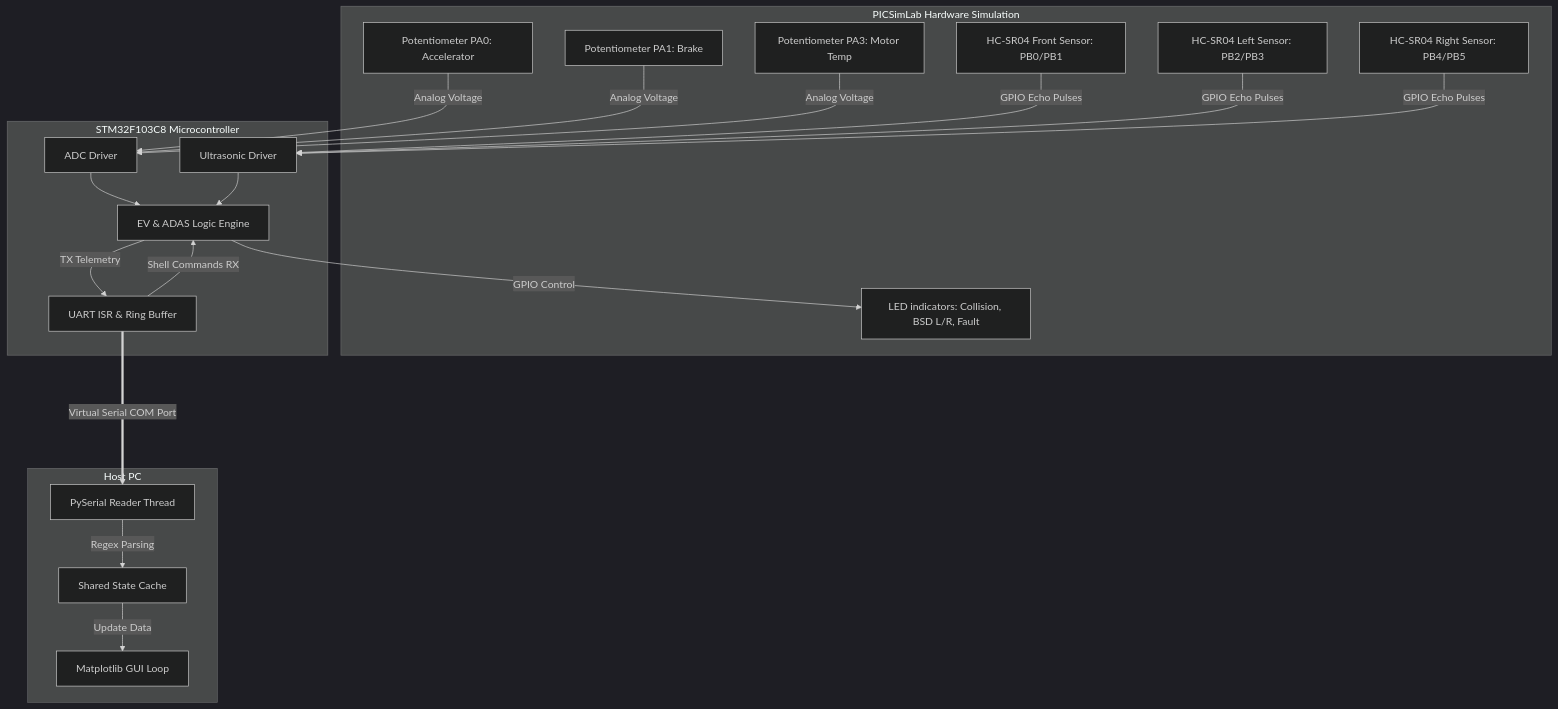
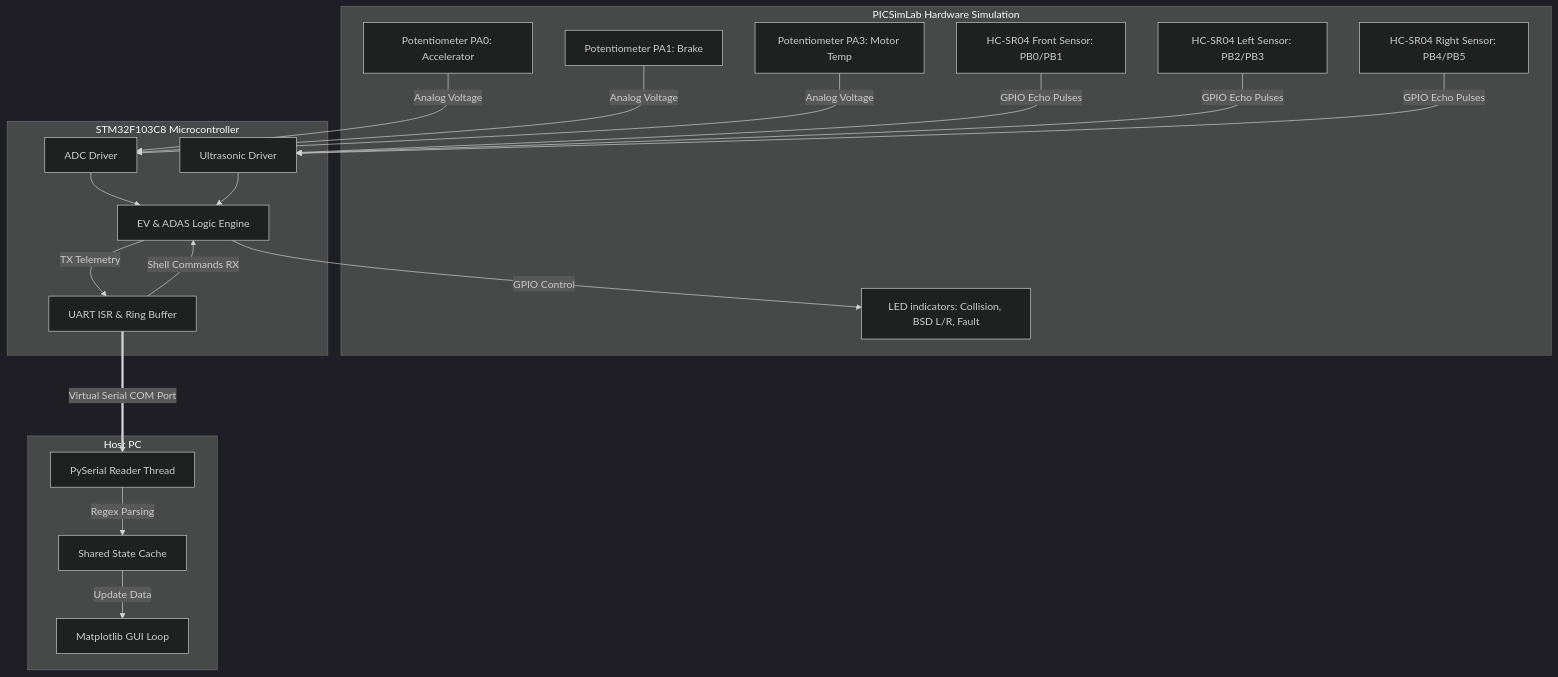
Before and after one commit to ahana4banerjee/ev_adas_dashboard: the first of 5 diagrams in README.md, drawn with Mermaid (dark theme). The commit also changed other lines of this file, not shown here.

Commit message:
docs: clean up README formatting, remove license badge, and standardize mermaid diagram syntax

````diff
--- a/README.md
+++ b/README.md
@@ -94,44 +93,44 @@
 ```mermaid
 graph TD
     subgraph PICSimLab [PICSimLab Hardware Simulation]
-        POT_ACC[Potentiometer PA0: Accelerator]
-        POT_BRK[Potentiometer PA1: Brake]
-        POT_TMP[Potentiometer PA3: Motor Temp]
-        US_FRONT[HC-SR04 Front Sensor: PB0/PB1]
-        US_LEFT[HC-SR04 Left Sensor: PB2/PB3]
-        US_RIGHT[HC-SR04 Right Sensor: PB4/PB5]
-        LEDS[LED indicators: Collision, BSD L/R, Fault]
+        POT_ACC["Potentiometer PA0: Accelerator"]
+        POT_BRK["Potentiometer PA1: Brake"]
+        POT_TMP["Potentiometer PA3: Motor Temp"]
+        US_FRONT["HC-SR04 Front Sensor: PB0/PB1"]
+        US_LEFT["HC-SR04 Left Sensor: PB2/PB3"]
+        US_RIGHT["HC-SR04 Right Sensor: PB4/PB5"]
+        LEDS["LED indicators: Collision, BSD L/R, Fault"]
     end
 
     subgraph STM32F103C8 [STM32F103C8 Microcontroller]
         FW_ADC[ADC Driver]
         FW_US[Ultrasonic Driver]
-        FW_CORE[EV & ADAS Logic Engine]
-        FW_UART[UART ISR & Ring Buffer]
+        FW_CORE["EV & ADAS Logic Engine"]
+        FW_UART["UART ISR & Ring Buffer"]
     end
 
     subgraph HostPC [Host PC]
         PY_READER[PySerial Reader Thread]
         PY_STATE[Shared State Cache]
         PY_GUI[Matplotlib GUI Loop]
     end
 
     %% Sensor Inputs
     POT_ACC -->|Analog Voltage| FW_ADC
     POT_BRK -->|Analog Voltage| FW_ADC
     POT_TMP -->|Analog Voltage| FW_ADC
     US_FRONT & US_LEFT & US_RIGHT -->|GPIO Echo Pulses| FW_US
 
     %% Firmware Processing
     FW_ADC & FW_US --> FW_CORE
     FW_CORE -->|GPIO Control| LEDS
 
     %% UART Bridging
     FW_CORE -->|TX Telemetry| FW_UART
     FW_UART -->|Shell Commands RX| FW_CORE
-    FW_UART ====>|Virtual Serial COM Port| PY_READER
+    FW_UART ===>|Virtual Serial COM Port| PY_READER
 
     %% Python Processing
     PY_READER -->|Regex Parsing| PY_STATE
     PY_STATE -->|Update Data| PY_GUI
 ```
````
